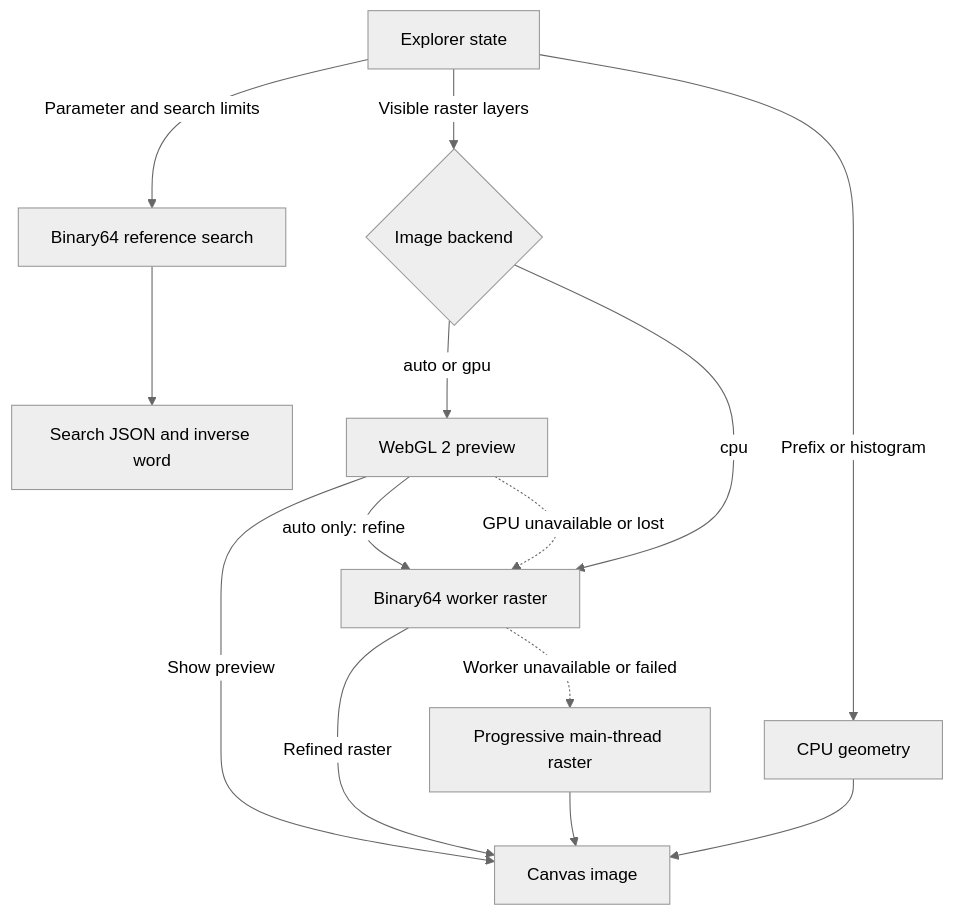
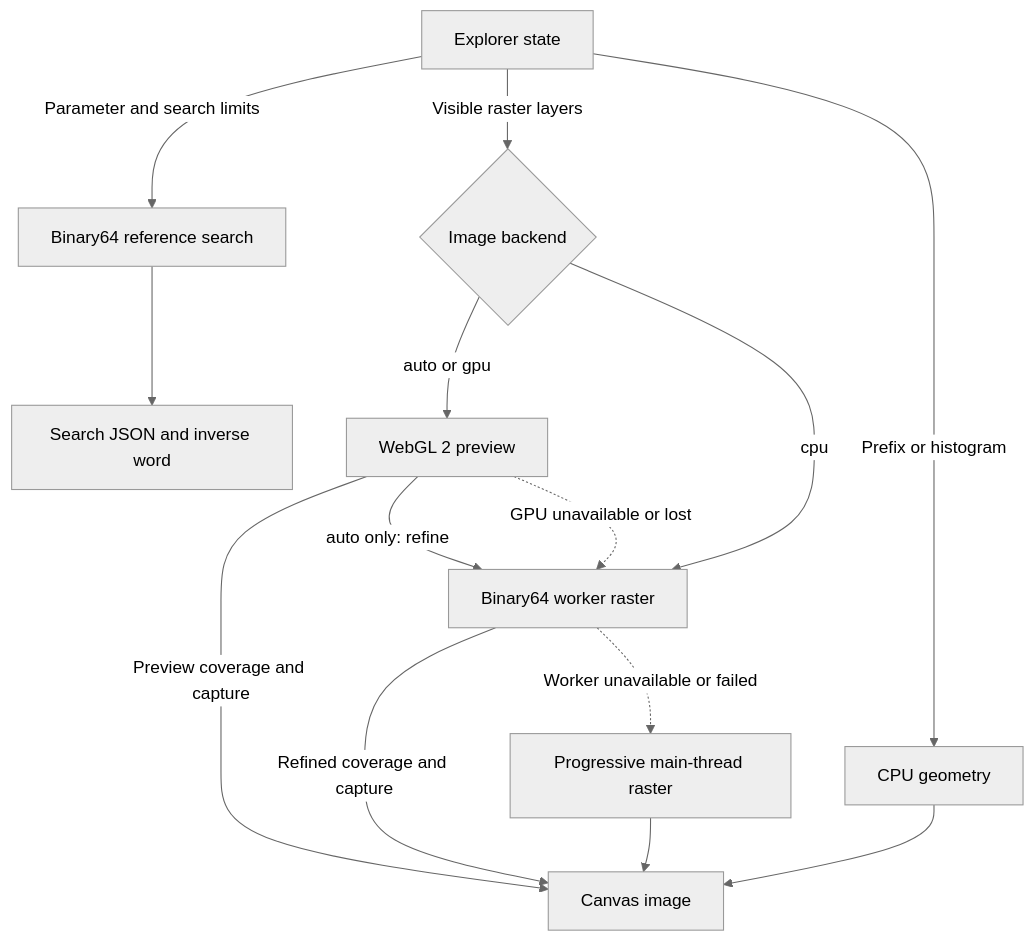
The diagram in README.md (espigule/collinear-fractals-gpu), drawn with Mermaid (neutral theme) before and after one commit. The commit also changed other lines of this file and 40 other files, not shown here.

````diff
--- a/README.md
+++ b/README.md
@@ -121,16 +147,16 @@
 ```mermaid
 flowchart TD
     S["Explorer state"] -->|Parameter and search limits| R["Binary64 reference search"]
     R --> J["Search JSON and inverse word"]
     S -->|Visible raster layers| B{"Image backend"}
     S -->|Prefix or histogram| G["CPU geometry"]
     B -->|auto or gpu| P["WebGL 2 preview"]
     B -->|cpu| W["Binary64 worker raster"]
-    P -->|Show preview| C["Canvas image"]
+    P -->|Preview coverage and capture| C["Canvas image"]
     P -->|auto only: refine| W
     P -.->|GPU unavailable or lost| W
-    W -->|Refined raster| C
+    W -->|Refined coverage and capture| C
     W -.->|Worker unavailable or failed| F["Progressive main-thread raster"]
     F --> C
     G --> C
 ```
````
